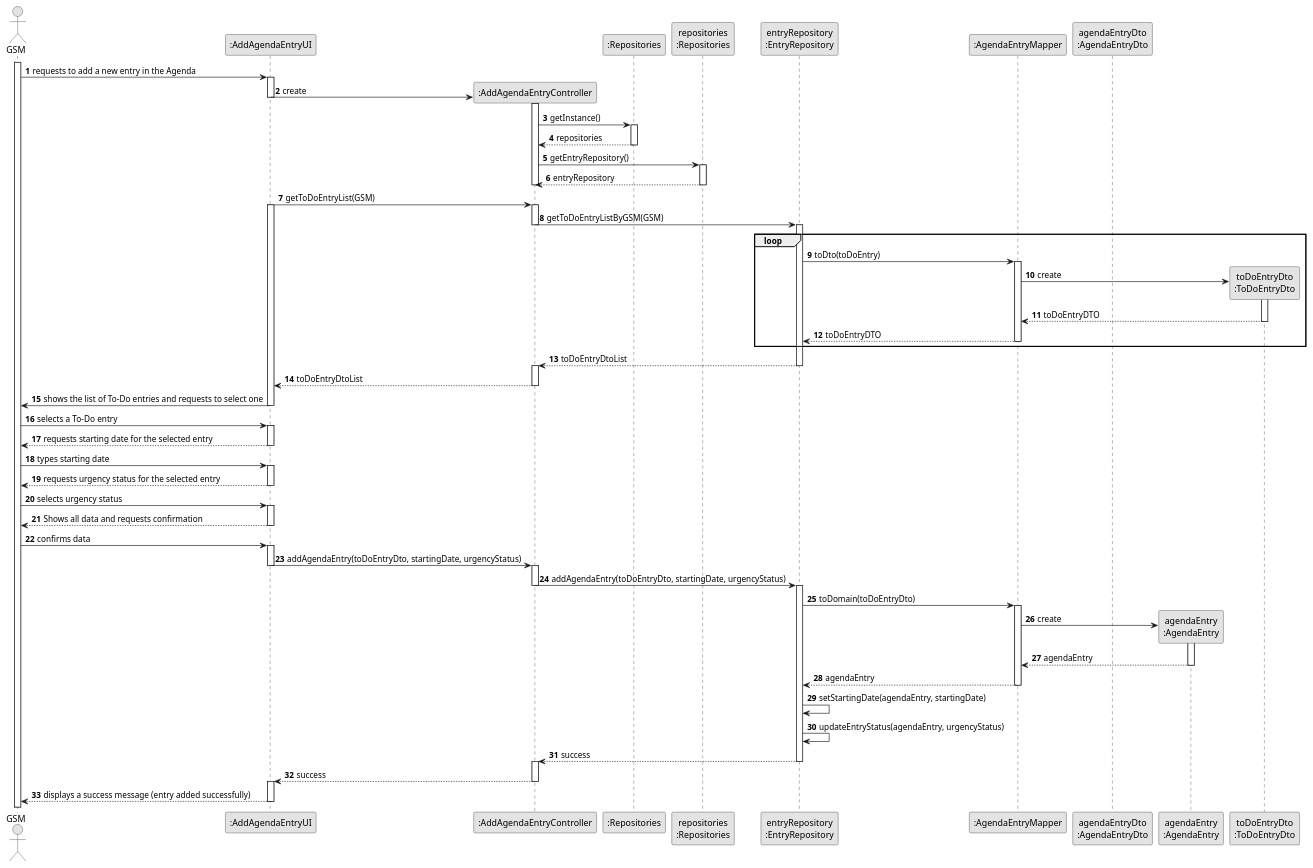
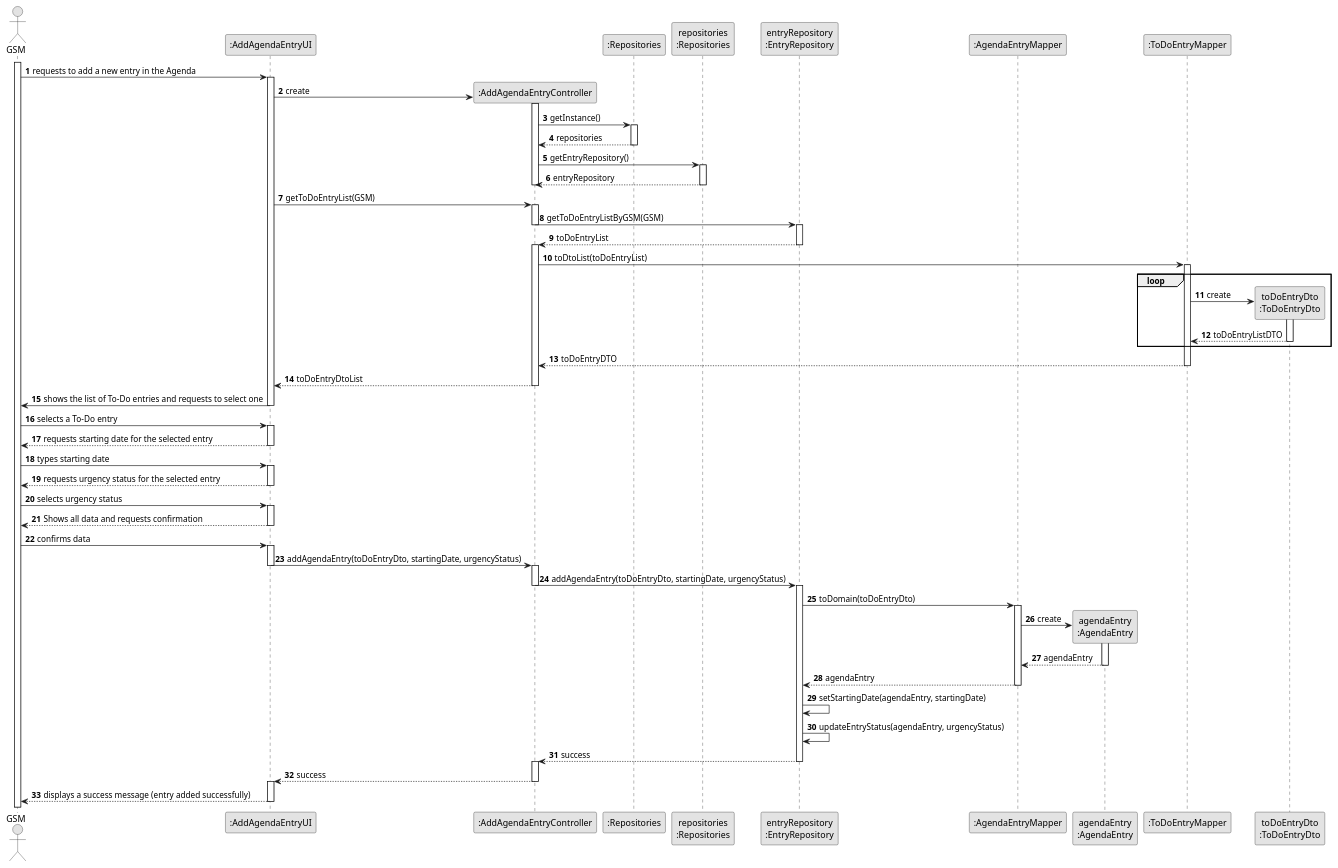
One commit to ricardomm7/leaflink changed the diagram in docs/sprintC/us022/03.design/puml/us022-sequence-diagram-full.puml. Above: the diagram before and after it, drawn with PlantUML. The commit also changed 13 other files, not shown here.

```diff
--- a/docs/sprintC/us022/03.design/puml/us022-sequence-diagram-full.puml
+++ b/docs/sprintC/us022/03.design/puml/us022-sequence-diagram-full.puml
@@ -1,133 +1,131 @@
 @startuml
 skinparam monochrome true
 skinparam packageStyle rectangle
 skinparam shadowing false
 
 autonumber
 
 actor "GSM" as GSM
 participant ":AddAgendaEntryUI" as UI
 participant ":AddAgendaEntryController" as CTRL
 participant ":Repositories" as RepositorySingleton
 participant "repositories\n:Repositories" as PLAT
 participant "entryRepository\n:EntryRepository" as EntryRepo
 participant ":AgendaEntryMapper" as AgendaEntryMapper
-participant "agendaEntryDto\n:AgendaEntryDto" as AgendaEntryDto
 participant "agendaEntry\n:AgendaEntry" as AgendaEntry
+participant ":ToDoEntryMapper" as ToDoEntryMapper
 participant "toDoEntryDto\n:ToDoEntryDto" as ToDoEntryDto
 
 activate GSM
 
     GSM -> UI : requests to add a new entry in the Agenda
     activate UI
 
         UI -> CTRL **: create
-        deactivate UI
         activate CTRL
 
             CTRL -> RepositorySingleton : getInstance()
             activate RepositorySingleton
 
                 RepositorySingleton --> CTRL : repositories
             deactivate RepositorySingleton
 
             CTRL -> PLAT : getEntryRepository()
             activate PLAT
 
-                PLAT --> CTRL : entryRepository
+            PLAT --> CTRL : entryRepository
             deactivate PLAT
 
-             deactivate CTRL
+        deactivate CTRL
 
-        deactivate UI
+
 
         UI -> CTRL: getToDoEntryList(GSM)
-        activate UI
         activate CTRL
 
             CTRL -> EntryRepo: getToDoEntryListByGSM(GSM)
             deactivate CTRL
             activate EntryRepo
 
+            EntryRepo --> CTRL: toDoEntryList
+            deactivate EntryRepo
+            activate CTRL
+
+            CTRL -> ToDoEntryMapper : toDtoList(toDoEntryList)
+            activate ToDoEntryMapper
+
             loop
 
-            EntryRepo -> AgendaEntryMapper : toDto(toDoEntry)
-            activate AgendaEntryMapper
-
-                AgendaEntryMapper -> ToDoEntryDto** : create
+                ToDoEntryMapper -> ToDoEntryDto** : create
                 activate ToDoEntryDto
 
-                ToDoEntryDto --> AgendaEntryMapper : toDoEntryDTO
+                ToDoEntryDto --> ToDoEntryMapper : toDoEntryListDTO
                 deactivate ToDoEntryDto
-
-            AgendaEntryMapper --> EntryRepo : toDoEntryDTO
-            deactivate AgendaEntryMapper
             end
 
-            EntryRepo --> CTRL : toDoEntryDtoList
-            deactivate EntryRepo
-            activate CTRL
+            ToDoEntryMapper --> CTRL : toDoEntryDTO
+            deactivate ToDoEntryMapper
 
             CTRL --> UI : toDoEntryDtoList
         deactivate CTRL
 
         UI -> GSM : shows the list of To-Do entries and requests to select one
     deactivate UI
 
     GSM -> UI : selects a To-Do entry
     activate UI
 
         UI --> GSM : requests starting date for the selected entry
     deactivate UI
 
     GSM -> UI : types starting date
     activate UI
 
          UI --> GSM : requests urgency status for the selected entry
     deactivate UI
 
     GSM -> UI : selects urgency status
     activate UI
 
     UI --> GSM : Shows all data and requests confirmation
     deactivate UI
 
     GSM -> UI: confirms data
     activate UI
 
         UI -> CTRL : addAgendaEntry(toDoEntryDto, startingDate, urgencyStatus)
         deactivate UI
         activate CTRL
 
 
             CTRL -> EntryRepo : addAgendaEntry(toDoEntryDto, startingDate, urgencyStatus)
             deactivate CTRL
             activate EntryRepo
 
             EntryRepo -> AgendaEntryMapper : toDomain(toDoEntryDto)
             activate AgendaEntryMapper
 
                 AgendaEntryMapper -> AgendaEntry** : create
                 activate AgendaEntry
 
                 AgendaEntry --> AgendaEntryMapper : agendaEntry
                 deactivate AgendaEntry
 
             AgendaEntryMapper --> EntryRepo : agendaEntry
             deactivate AgendaEntryMapper
 
                 EntryRepo -> EntryRepo : setStartingDate(agendaEntry, startingDate)
                 EntryRepo -> EntryRepo : updateEntryStatus(agendaEntry, urgencyStatus)
 
             EntryRepo --> CTRL : success
             deactivate EntryRepo
             activate CTRL
 
         CTRL --> UI : success
     deactivate CTRL
     activate UI
 
     UI --> GSM : displays a success message (entry added successfully)
 deactivate UI
 
 @enduml
```
